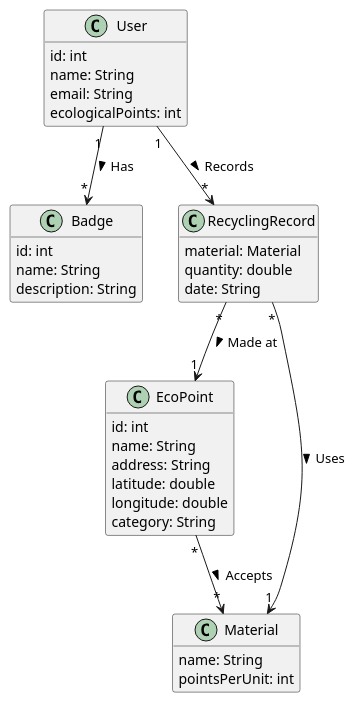
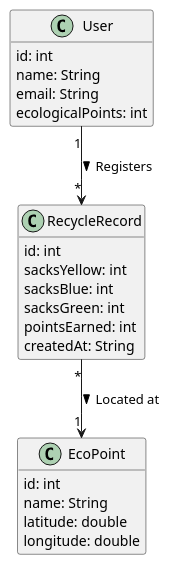
One commit to Sw33t23/DSSMV_ProjectDroid_1241270_1251443 changed the diagram in Documentation/puml/Domain Model.puml. Above: the diagram before and after it, drawn with PlantUML.

Commit message:
docs: update Domain Model

```diff
--- a/Documentation/puml/Domain Model.puml
+++ b/Documentation/puml/Domain Model.puml
@@ -1,48 +1,35 @@
 @startuml
 'https://plantuml.com/sequence-diagram
 
 hide empty members
 skinparam classAttributeIconSize 0
 
 class "User" {
     id: int
     name: String
     email: String
     ecologicalPoints: int
 }
 
-class "Badge" {
+
+class "RecycleRecord" {
     id: int
-    name: String
-    description: String
-}
-
-class "RecyclingRecord" {
-     material: Material
-     quantity: double
-     date: String
+    sacksYellow: int
+    sacksBlue: int
+    sacksGreen: int
+    pointsEarned: int
+    createdAt: String
 }
 
 class "EcoPoint" {
     id: int
     name: String
-    address: String
     latitude: double
     longitude: double
-    category: String
 }
 
-class "Material" {
-    name: String
-    pointsPerUnit: int
-}
 
-User "1" --> "*" Badge : Has >
-User "1" --> "*" RecyclingRecord : Records >
-
-RecyclingRecord "*" --> "1" Material : Uses >
-RecyclingRecord "*" --> "1" EcoPoint : Made at >
-
-EcoPoint "*" --> "*" Material : Accepts >
+User "1" --> "*" RecycleRecord : Registers >
+RecycleRecord "*" --> "1" EcoPoint : Located at >
 
 @enduml
```
